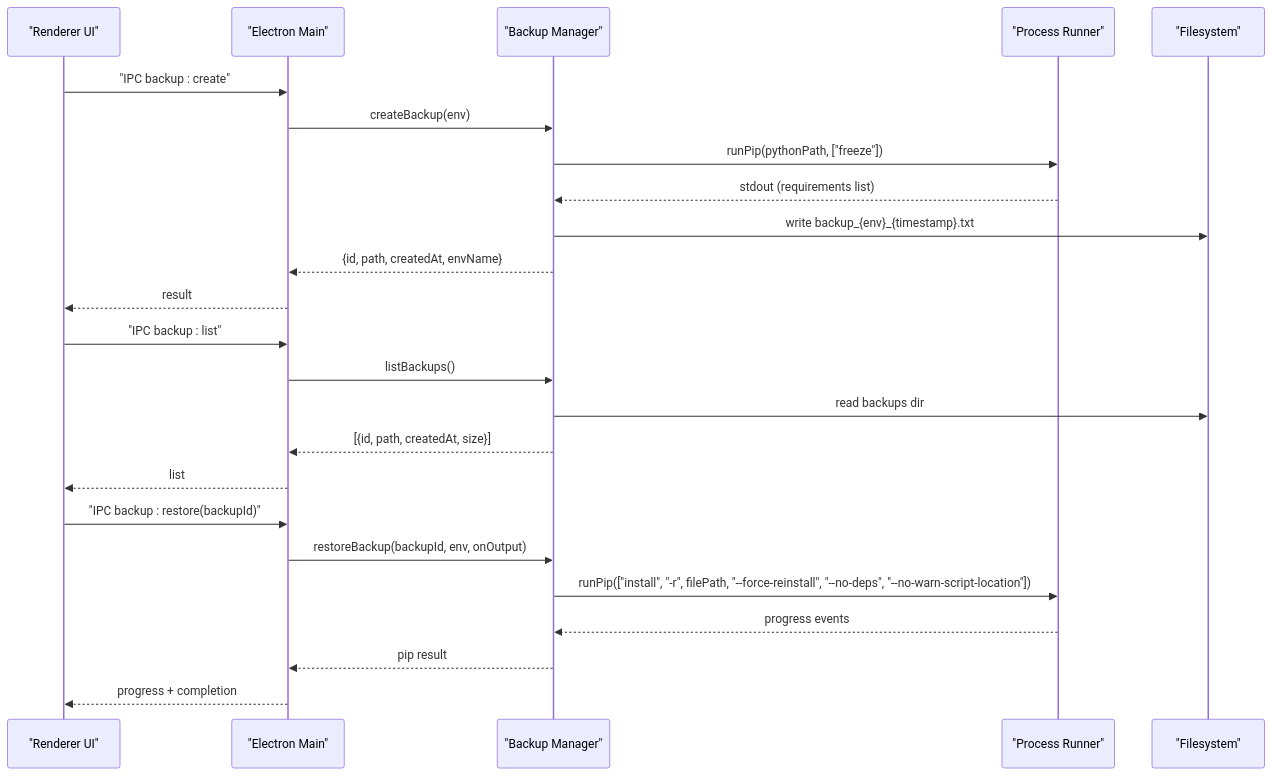
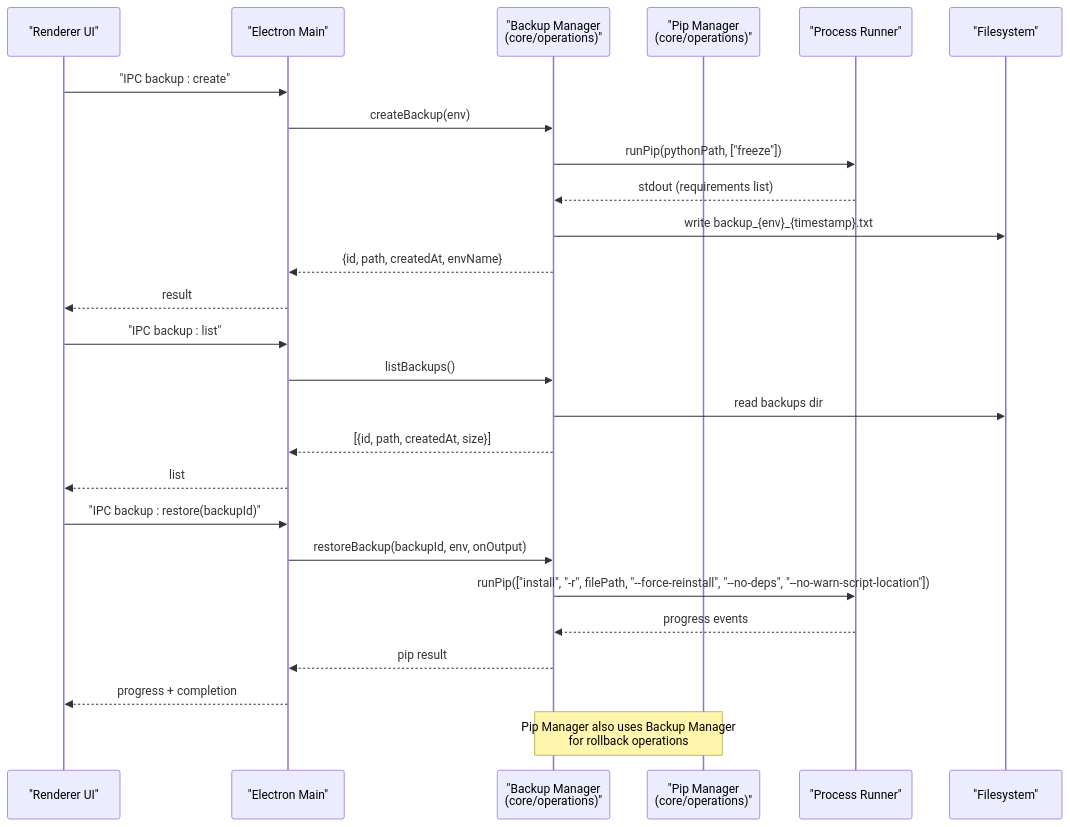
One commit to SoftheartedYYC/PyLibMaster changed the second of 9 diagrams in docs/en/content/Advanced Features/Backup & Recovery System.md. Above: the diagram before and after it, drawn with Mermaid. The commit also changed other lines of this file and 72 other files, not shown here.

````diff
--- a/docs/en/content/Advanced Features/Backup & Recovery System.md
+++ b/docs/en/content/Advanced Features/Backup & Recovery System.md
@@ -91,26 +106,28 @@
 ```mermaid
 sequenceDiagram
 participant UI as "Renderer UI"
 participant Main as "Electron Main"
-participant BM as "Backup Manager"
+participant BM as "Backup Manager<br/>(core/operations)"
+participant PM as "Pip Manager<br/>(core/operations)"
 participant PR as "Process Runner"
 participant FS as "Filesystem"
 UI->>Main : "IPC backup : create"
 Main->>BM : createBackup(env)
 BM->>PR : runPip(pythonPath, ["freeze"])
 PR-->>BM : stdout (requirements list)
 BM->>FS : write backup_{env}_{timestamp}.txt
 BM-->>Main : {id, path, createdAt, envName}
 Main-->>UI : result
 UI->>Main : "IPC backup : list"
 Main->>BM : listBackups()
 BM->>FS : read backups dir
 BM-->>Main : [{id, path, createdAt, size}]
 Main-->>UI : list
 UI->>Main : "IPC backup : restore(backupId)"
 Main->>BM : restoreBackup(backupId, env, onOutput)
 BM->>PR : runPip(["install", "-r", filePath, "--force-reinstall", "--no-deps", "--no-warn-script-location"])
 PR-->>BM : progress events
 BM-->>Main : pip result
 Main-->>UI : progress + completion
+Note over PM,BM : Pip Manager also uses Backup Manager<br/>for rollback operations
 ```
````
